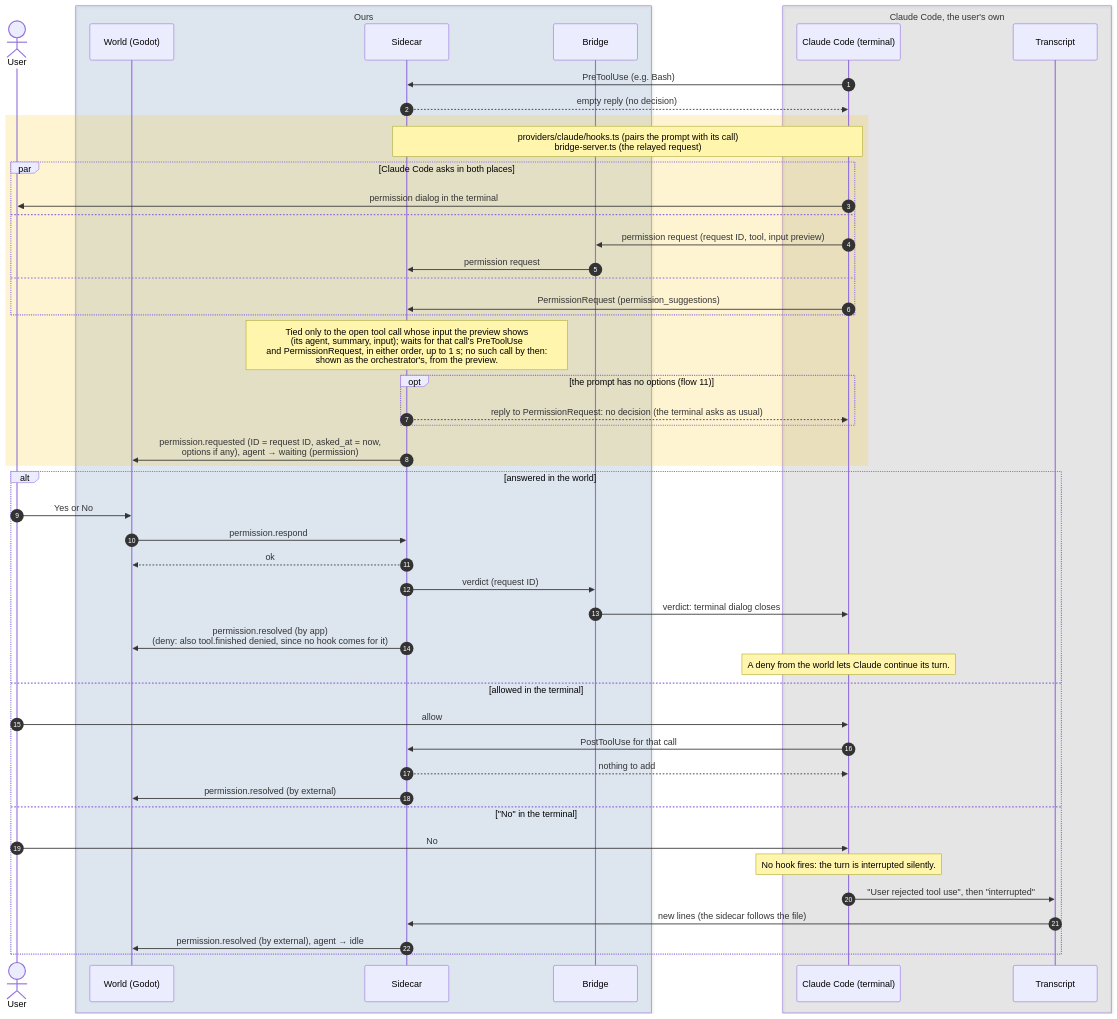
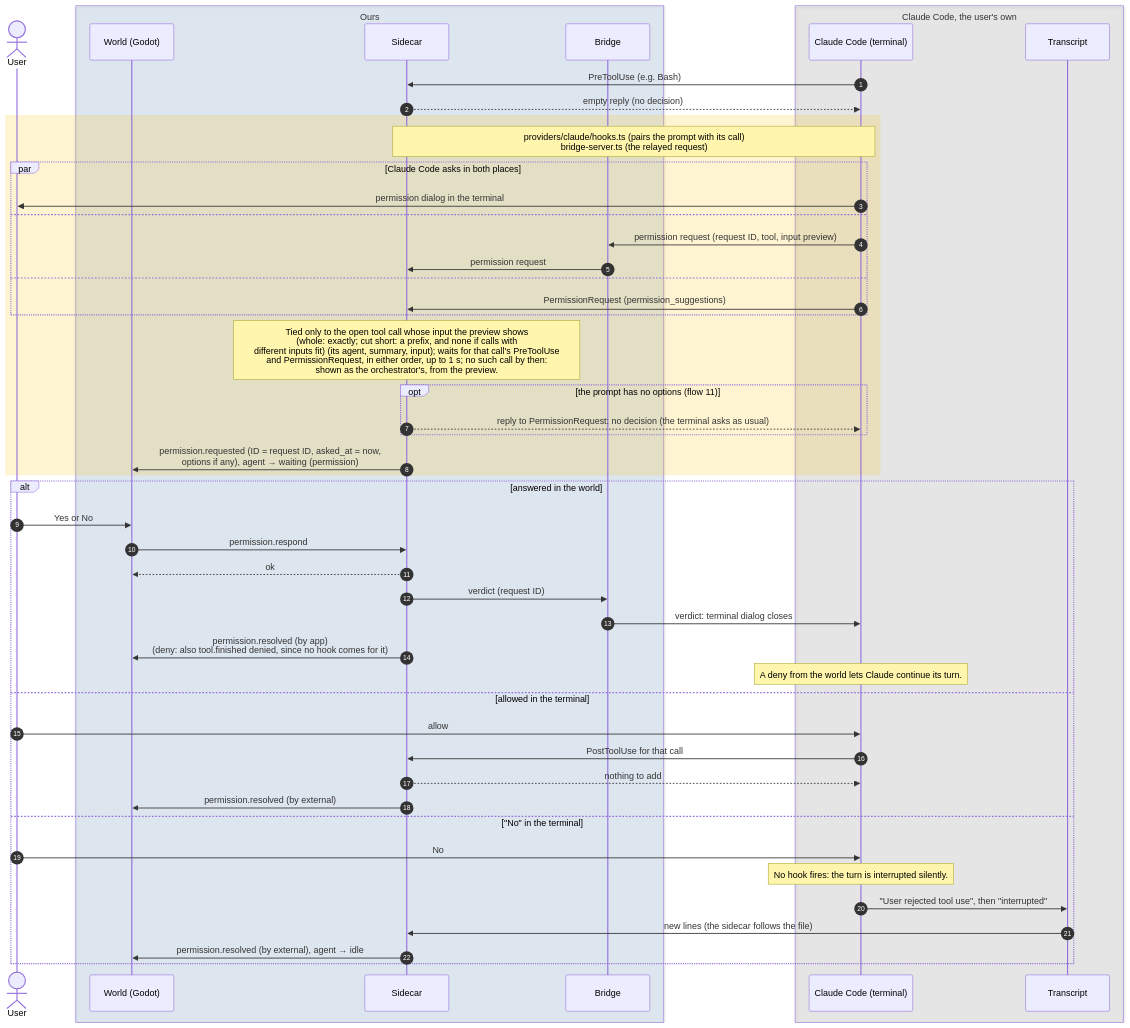
Before and after one commit to PaoloPortugal/The-Beach: the diagram in docs/diagrams/sequence/03-permission-prompt.md, drawn with Mermaid. The commit also changed 5 other files, not shown here.

````diff
--- a/docs/diagrams/sequence/03-permission-prompt.md
+++ b/docs/diagrams/sequence/03-permission-prompt.md
@@ -7,55 +7,55 @@
 ```mermaid
 sequenceDiagram
     autonumber
     actor User
 
     box rgba(47,111,191,0.12) Ours
         participant World as World (Godot)
         participant Sidecar
         participant Bridge
     end
 
     box rgba(128,128,128,0.14) Claude Code, the user's own
         participant Claude as Claude Code (terminal)
         participant Log as Transcript
     end
 
     Claude->>Sidecar: PreToolUse (e.g. Bash)
     Sidecar-->>Claude: empty reply (no decision)
     rect rgba(255,193,7,0.18)
         Note over Sidecar,Claude: providers/claude/hooks.ts (pairs the prompt with its call)<br/>bridge-server.ts (the relayed request)
         par Claude Code asks in both places
             Claude->>User: permission dialog in the terminal
         and
             Claude->>Bridge: permission request (request ID, tool, input preview)
             Bridge->>Sidecar: permission request
         and
             Claude->>Sidecar: PermissionRequest (permission_suggestions)
         end
-        Note over Sidecar: Tied only to the open tool call whose input the preview shows<br/>(its agent, summary, input)#59; waits for that call's PreToolUse<br/>and PermissionRequest, in either order, up to 1 s#59; no such call by then:<br/>shown as the orchestrator's, from the preview.
+        Note over Sidecar: Tied only to the open tool call whose input the preview shows<br/>(whole: exactly#59; cut short: a prefix, and none if calls with<br/>different inputs fit) (its agent, summary, input)#59; waits for that call's PreToolUse<br/>and PermissionRequest, in either order, up to 1 s#59; no such call by then:<br/>shown as the orchestrator's, from the preview.
         opt the prompt has no options (flow 11)
             Sidecar-->>Claude: reply to PermissionRequest: no decision (the terminal asks as usual)
         end
         Sidecar->>World: permission.requested (ID = request ID, asked_at = now,<br/>options if any), agent → waiting (permission)
     end
     alt answered in the world
         User->>World: Yes or No
         World->>Sidecar: permission.respond
         Sidecar-->>World: ok
         Sidecar->>Bridge: verdict (request ID)
         Bridge->>Claude: verdict: terminal dialog closes
         Sidecar->>World: permission.resolved (by app)<br/>(deny: also tool.finished denied, since no hook comes for it)
         Note over Claude: A deny from the world lets Claude continue its turn.
     else allowed in the terminal
         User->>Claude: allow
         Claude->>Sidecar: PostToolUse for that call
         Sidecar-->>Claude: nothing to add
         Sidecar->>World: permission.resolved (by external)
     else "No" in the terminal
         User->>Claude: No
         Note over Claude: No hook fires: the turn is interrupted silently.
         Claude->>Log: "User rejected tool use", then "interrupted"
         Log->>Sidecar: new lines (the sidecar follows the file)
         Sidecar->>World: permission.resolved (by external), agent → idle
     end
 ```
````
